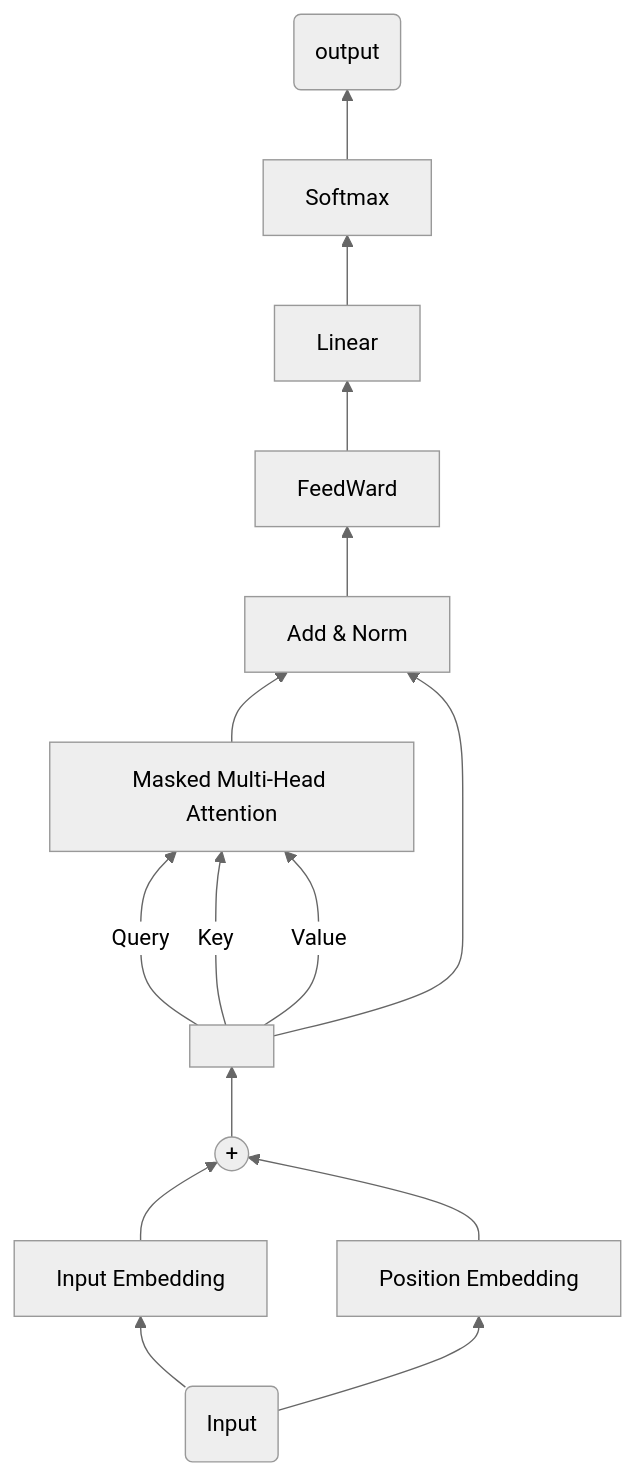
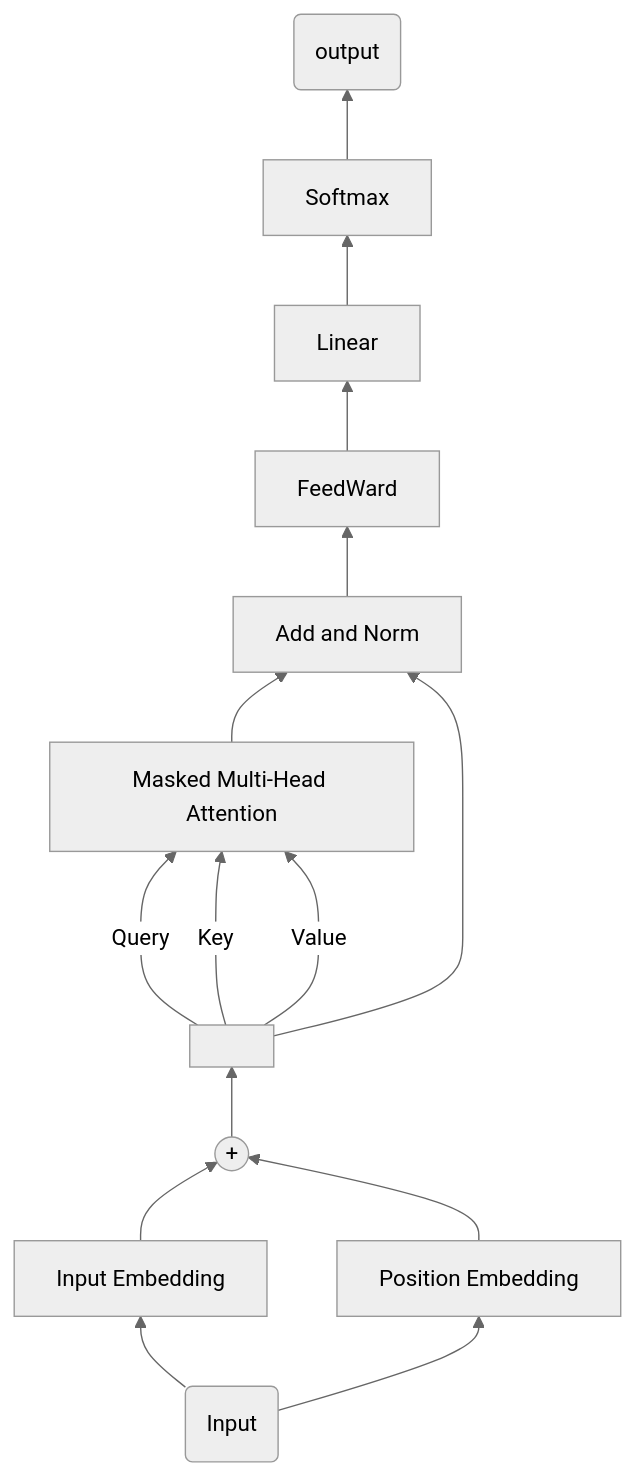
Before and after one commit to achi-Li/AI-design-pj: the diagram in readme.md, drawn with Mermaid (neutral theme).

````diff
--- a/readme.md
+++ b/readme.md
@@ -18,28 +18,28 @@
 ```mermaid
 flowchart BT
 	A(Input)
 	B[Input Embedding]
 	A-->B
 	C((+))
 	B-->C
 	D[Position Embedding]
 	D-->C
 	A-->D
 	E[Masked Multi-Head Attention]
 	G[ ]
 	C-->G
 	G--Query--->E
 	G--Key-->E
 	G--Value--->E
-    F[Add & Norm]
+    F[Add and Norm]
     E-->F
     G-->F
     H[Linear]
     F-->Z[FeedWard]
     Z-->H
     I[Softmax]
     H-->I
     J(output)
     I-->J
     
 ```
````
